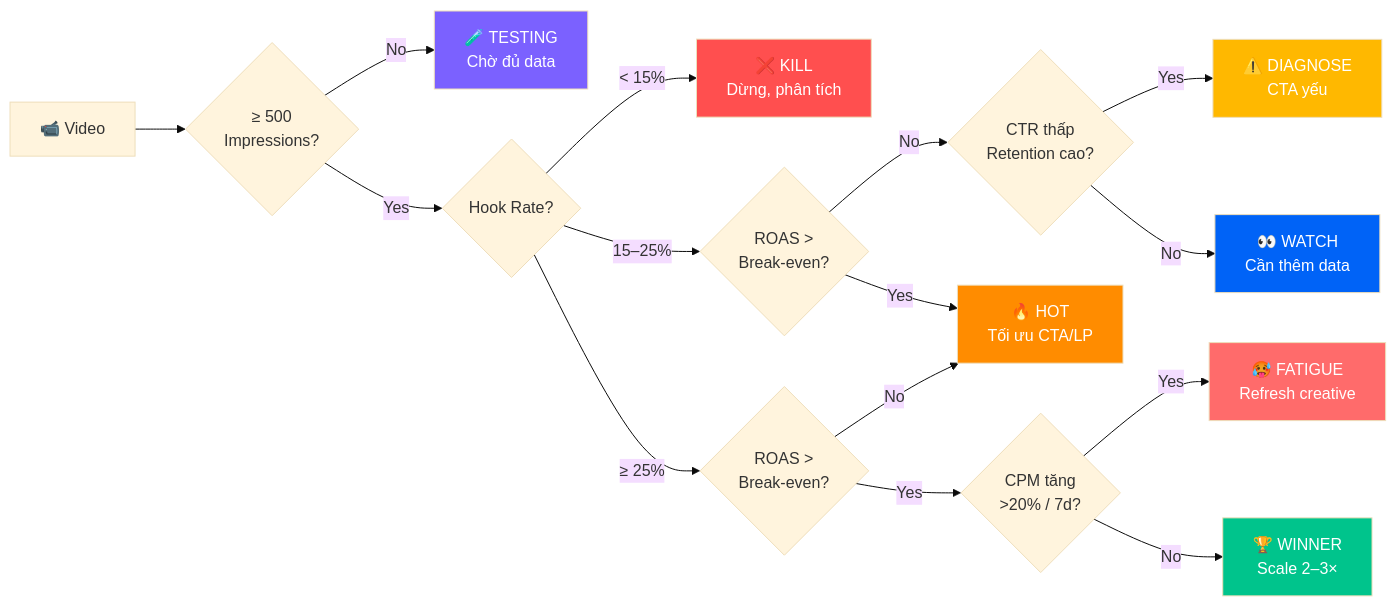
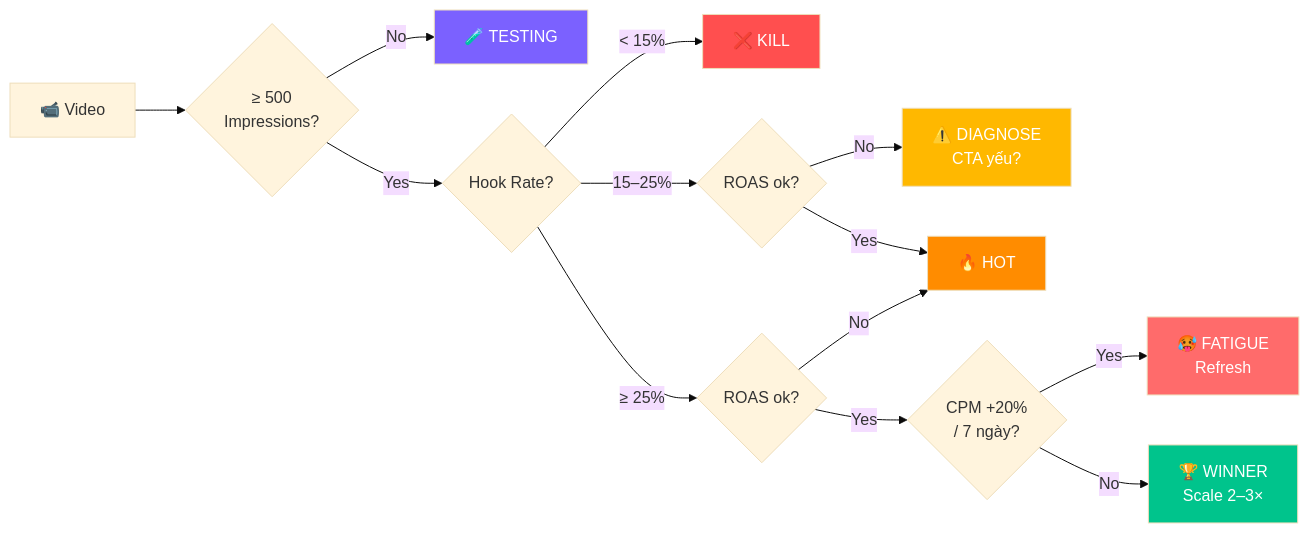
The fifth of 5 diagrams in product_roadmap.md (samdao39/creative-score-roadmap), drawn with Mermaid (base theme) before and after one commit. The commit also changed other lines of this file, not shown here.

Commit message:
Update roadmap: vibecode timeline, market per phase, country details, pain points moved up

````diff
--- a/product_roadmap.md
+++ b/product_roadmap.md
@@ -187,28 +202,24 @@
 ```mermaid
 flowchart LR
     V[📹 Video] --> IMP{≥ 500\nImpressions?}
-    IMP -- No --> TESTING[🧪 TESTING\nChờ đủ data]
+    IMP -- No --> TESTING[🧪 TESTING]
     IMP -- Yes --> HOOK{Hook Rate?}
-    
-    HOOK -- "< 15%" --> KILL[❌ KILL\nDừng, phân tích]
-    HOOK -- "15–25%" --> ROAS1{ROAS >\nBreak-even?}
-    HOOK -- "≥ 25%" --> ROAS2{ROAS >\nBreak-even?}
-    
-    ROAS1 -- No --> DIAGNOSE{CTR thấp\nRetention cao?}
-    DIAGNOSE -- Yes --> DIAG[⚠️ DIAGNOSE\nCTA yếu]
-    DIAGNOSE -- No --> WATCH[👀 WATCH\nCần thêm data]
-    
-    ROAS1 -- Yes --> HOT[🔥 HOT\nTối ưu CTA/LP]
-    ROAS2 -- Yes --> FATIGUE{CPM tăng\n>20% / 7d?}
-    FATIGUE -- Yes --> FAT[🥵 FATIGUE\nRefresh creative]
+
+    HOOK -- "< 15%" --> KILL[❌ KILL]
+    HOOK -- "15–25%" --> ROAS1{ROAS ok?}
+    HOOK -- "≥ 25%" --> ROAS2{ROAS ok?}
+
+    ROAS1 -- No --> DIAG[⚠️ DIAGNOSE\nCTA yếu?]
+    ROAS1 -- Yes --> HOT[🔥 HOT]
+    ROAS2 -- Yes --> FATIGUE{CPM +20%\n/ 7 ngày?}
+    FATIGUE -- Yes --> FAT[🥵 FATIGUE\nRefresh]
     FATIGUE -- No --> WIN[🏆 WINNER\nScale 2–3×]
     ROAS2 -- No --> HOT
 
     style WIN fill:#00C48C,color:#fff
     style HOT fill:#FF8C00,color:#fff
     style KILL fill:#FF4F4F,color:#fff
     style FAT fill:#FF6B6B,color:#fff
     style TESTING fill:#7B61FF,color:#fff
     style DIAG fill:#FFB800,color:#fff
-    style WATCH fill:#0063F7,color:#fff
 ```
````
